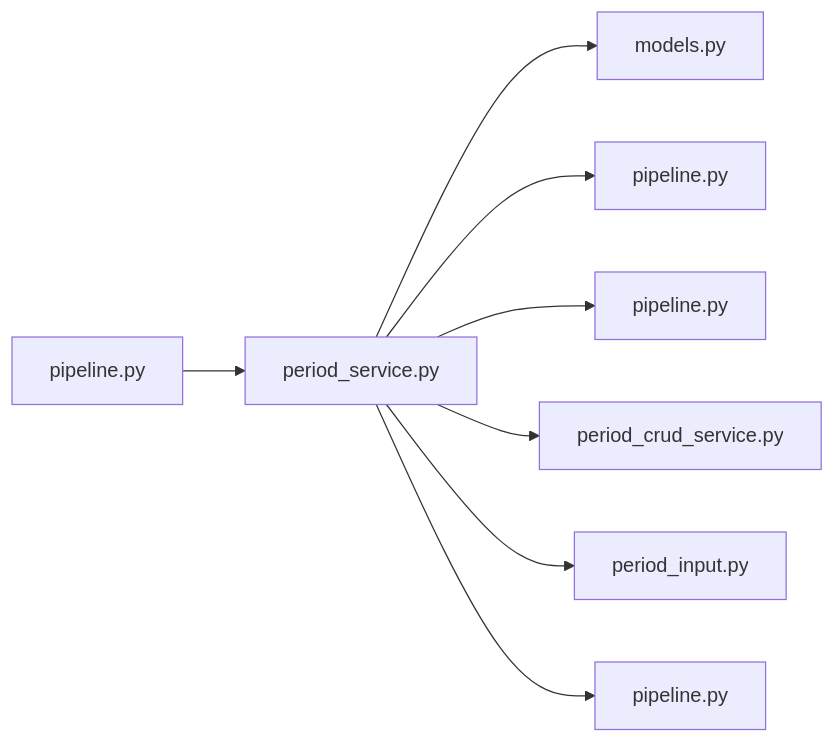
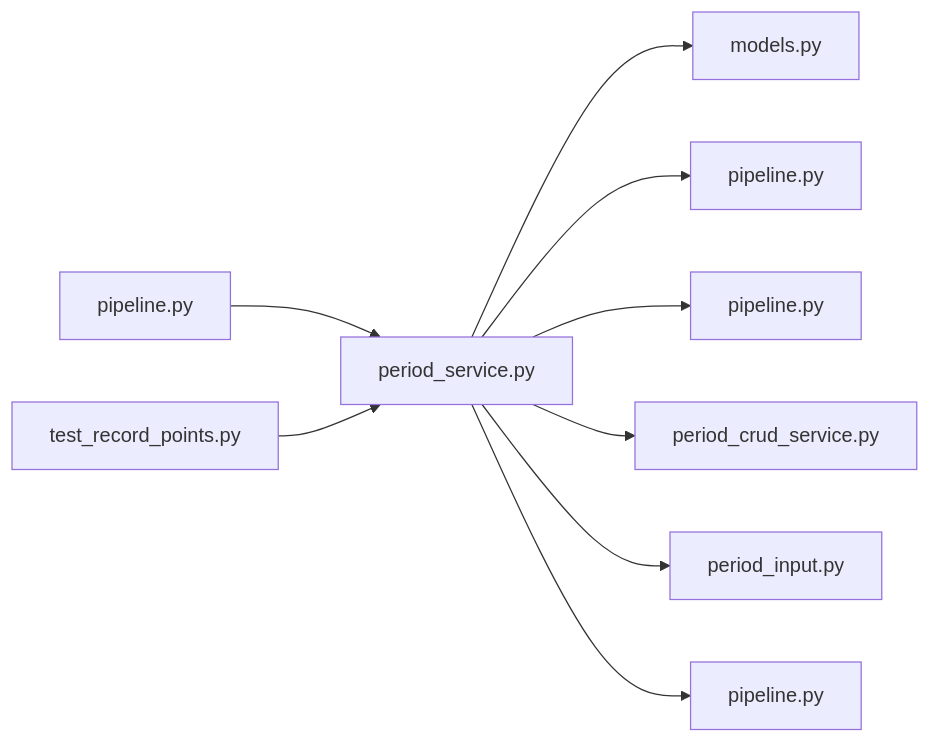
One commit to minkong-dev/Banblit changed the diagram in .cluedoc/graph/backend/src/backend/services/period/period_service.md. Above: the diagram before and after it, drawn with Mermaid. The commit also changed other lines of this file and 15 other files, not shown here.

First line of the commit message:
frontend: open a day timeline modal from the unavailable calendar

````diff
--- a/.cluedoc/graph/backend/src/backend/services/period/period_service.md
+++ b/.cluedoc/graph/backend/src/backend/services/period/period_service.md
@@ -10,11 +10,12 @@
 ```mermaid
 flowchart LR
   backend_src_backend_services_period_period_service["period_service.py"]
   backend_src_backend_services_period_period_service --> backend_src_backend_db_models["models.py"]
   backend_src_backend_services_period_period_service --> backend_src_backend_db_pipeline["pipeline.py"]
   backend_src_backend_services_period_period_service --> backend_src_backend_scheduling_pipeline["pipeline.py"]
   backend_src_backend_services_period_period_service --> backend_src_backend_services_period_period_crud_service["period_crud_service.py"]
   backend_src_backend_services_period_period_service --> backend_src_backend_services_period_period_input["period_input.py"]
   backend_src_backend_services_period_period_service --> backend_src_backend_services_settings_pipeline["pipeline.py"]
   backend_src_backend_services_period_pipeline["pipeline.py"] --> backend_src_backend_services_period_period_service
+  backend_tests_unit_test_record_points["test_record_points.py"] --> backend_src_backend_services_period_period_service
 ```
````
